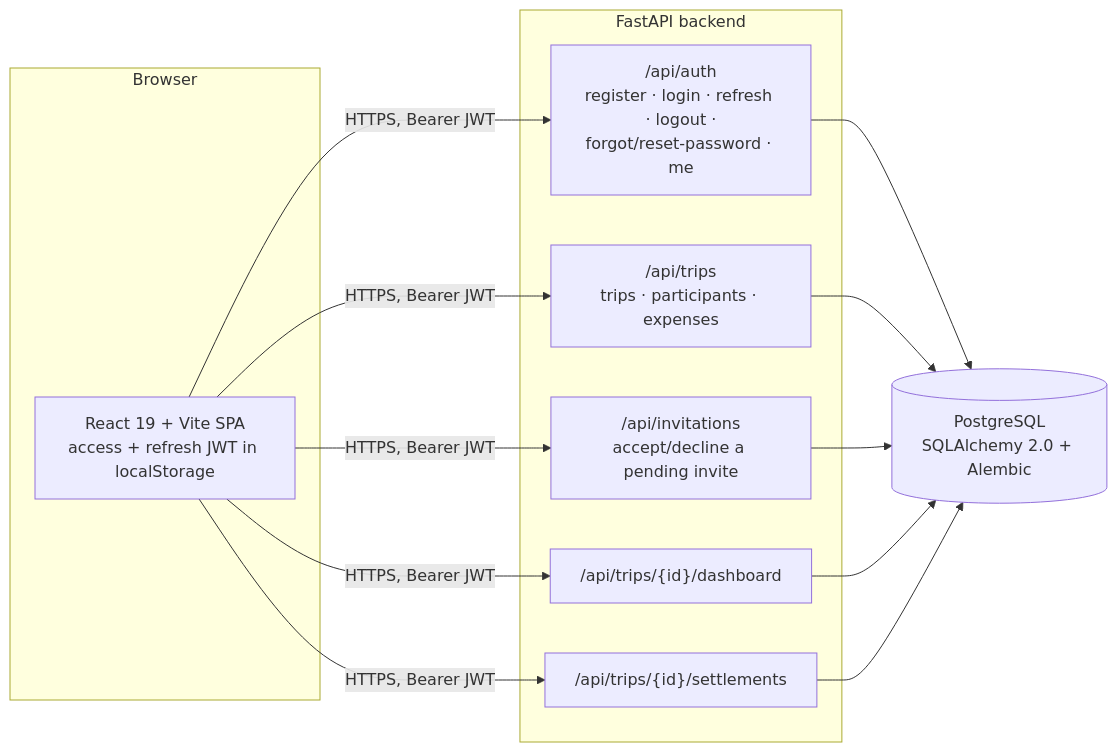
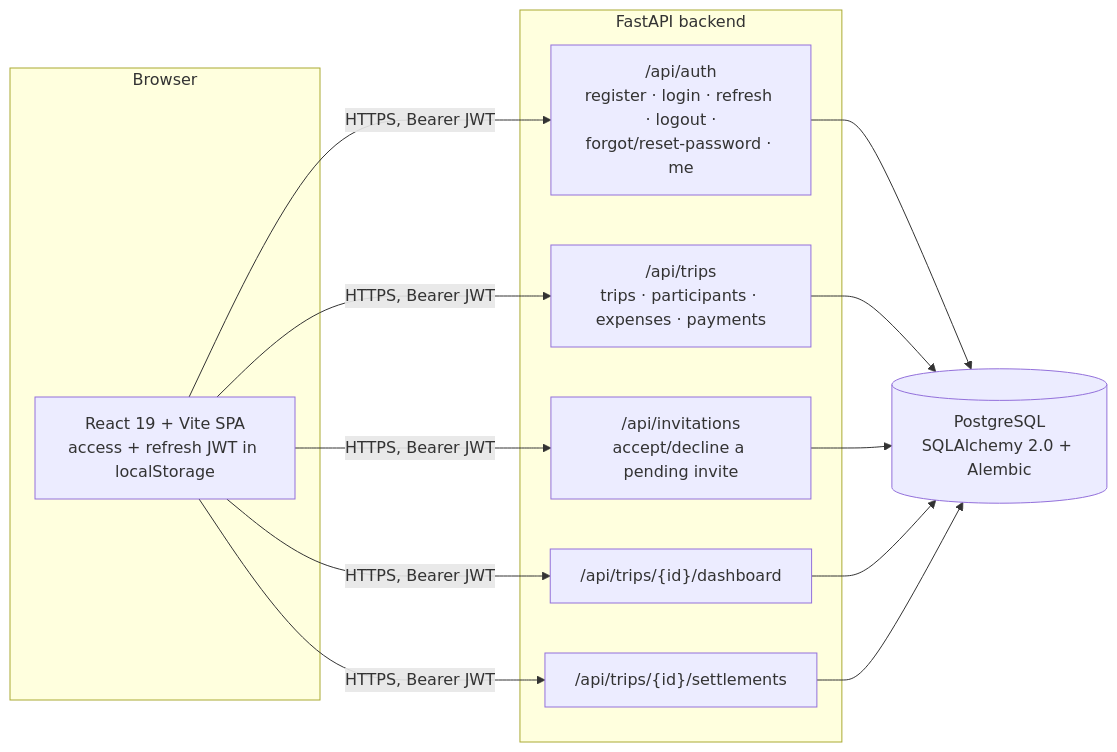
Before and after one commit to GGGUJINGGG/tripsplit-ledger: the first of 2 diagrams in README.md, drawn with Mermaid. The commit also changed other lines of this file and 5 other files, not shown here.

````diff
--- a/README.md
+++ b/README.md
@@ -66,27 +79,27 @@
 ```mermaid
 flowchart LR
     subgraph Client["Browser"]
         FE["React 19 + Vite SPA<br/>access + refresh JWT in localStorage"]
     end
 
     subgraph Server["FastAPI backend"]
         Auth["/api/auth<br/>register · login · refresh · logout ·<br/>forgot/reset-password · me"]
-        Trips["/api/trips<br/>trips · participants · expenses"]
+        Trips["/api/trips<br/>trips · participants · expenses · payments"]
         Invite["/api/invitations<br/>accept/decline a pending invite"]
         Dash["/api/trips/{id}/dashboard"]
         Settle["/api/trips/{id}/settlements"]
     end
 
     DB[("PostgreSQL<br/>SQLAlchemy 2.0 + Alembic")]
 
     FE -- "HTTPS, Bearer JWT" --> Auth
     FE -- "HTTPS, Bearer JWT" --> Trips
     FE -- "HTTPS, Bearer JWT" --> Invite
     FE -- "HTTPS, Bearer JWT" --> Dash
     FE -- "HTTPS, Bearer JWT" --> Settle
     Auth --> DB
     Trips --> DB
     Invite --> DB
     Dash --> DB
     Settle --> DB
 ```
````
